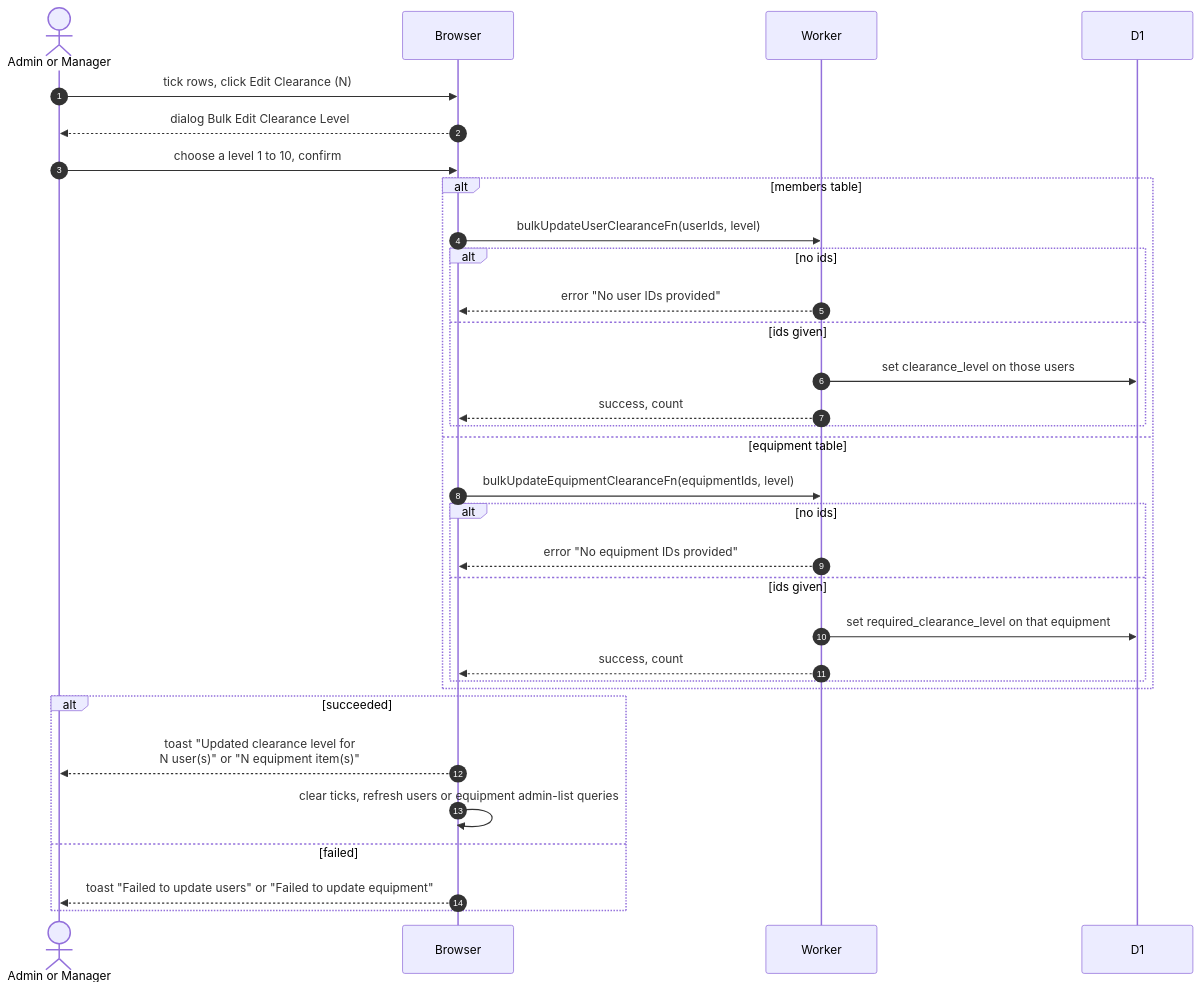
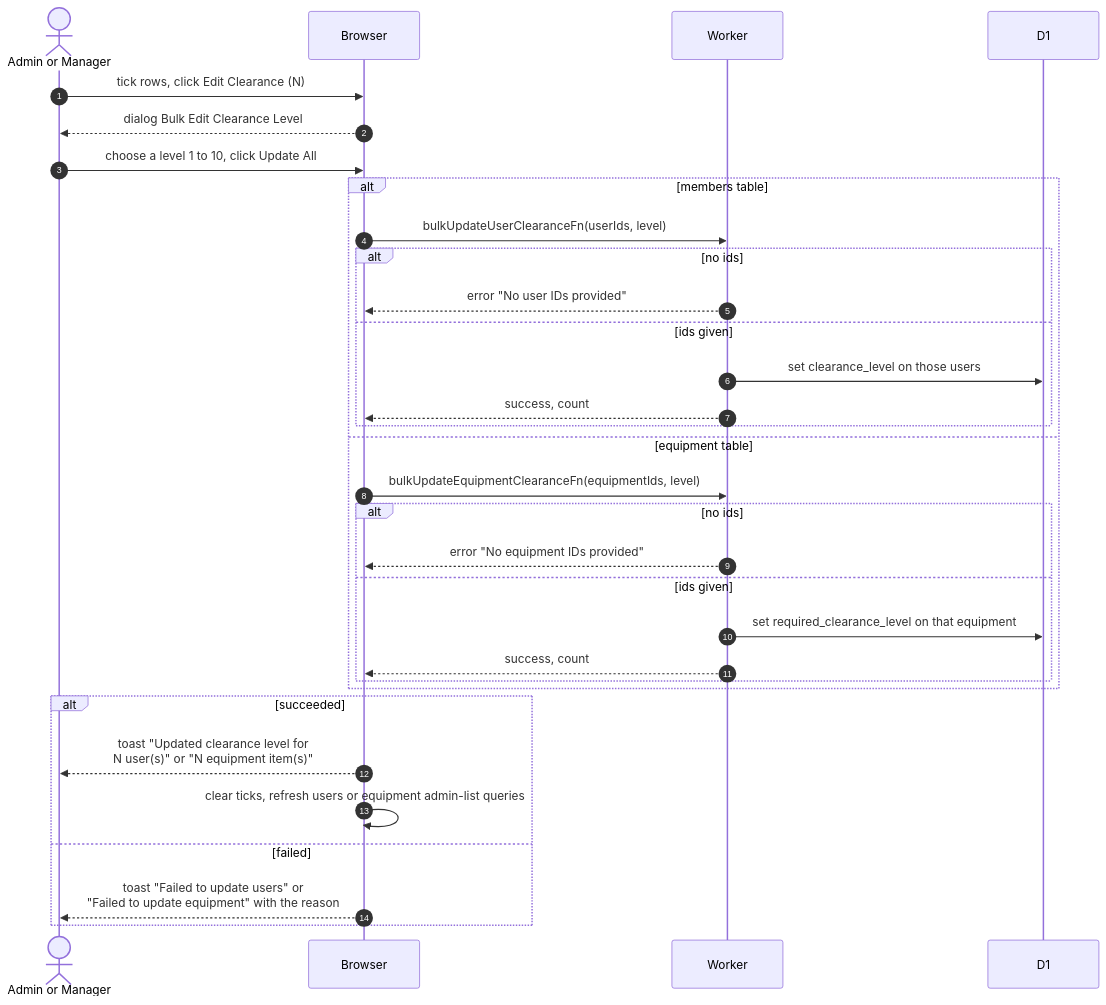
One commit to sagyzdop/meriksirat changed the diagram in docs/scenarios/admin/bulk-clearance.md. Above: the diagram before and after it, drawn with Mermaid. The commit also changed other lines of this file and 24 other files, not shown here.

Commit message:
docs(scenarios): verify admin diagrams against the code

````diff
--- a/docs/scenarios/admin/bulk-clearance.md
+++ b/docs/scenarios/admin/bulk-clearance.md
@@ -15,35 +15,35 @@
 ```mermaid
 sequenceDiagram
     autonumber
     actor Person as Admin or Manager
     participant Browser
     participant Worker
     participant D1
 
     Person->>Browser: tick rows, click Edit Clearance (N)
     Browser-->>Person: dialog Bulk Edit Clearance Level
-    Person->>Browser: choose a level 1 to 10, confirm
+    Person->>Browser: choose a level 1 to 10, click Update All
     alt members table
         Browser->>Worker: bulkUpdateUserClearanceFn(userIds, level)
         alt no ids
             Worker-->>Browser: error "No user IDs provided"
         else ids given
             Worker->>D1: set clearance_level on those users
             Worker-->>Browser: success, count
         end
     else equipment table
         Browser->>Worker: bulkUpdateEquipmentClearanceFn(equipmentIds, level)
         alt no ids
             Worker-->>Browser: error "No equipment IDs provided"
         else ids given
             Worker->>D1: set required_clearance_level on that equipment
             Worker-->>Browser: success, count
         end
     end
     alt succeeded
         Browser-->>Person: toast "Updated clearance level for<br/>N user(s)" or "N equipment item(s)"
         Browser->>Browser: clear ticks, refresh users or equipment admin-list queries
     else failed
-        Browser-->>Person: toast "Failed to update users" or "Failed to update equipment"
+        Browser-->>Person: toast "Failed to update users" or<br/>"Failed to update equipment" with the reason
     end
 ```
````
